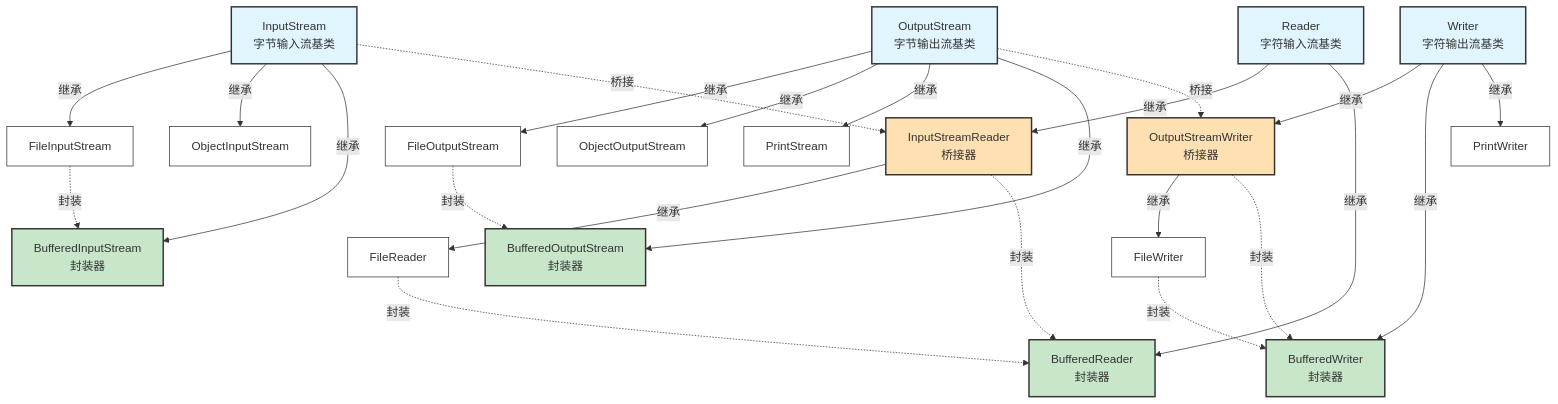
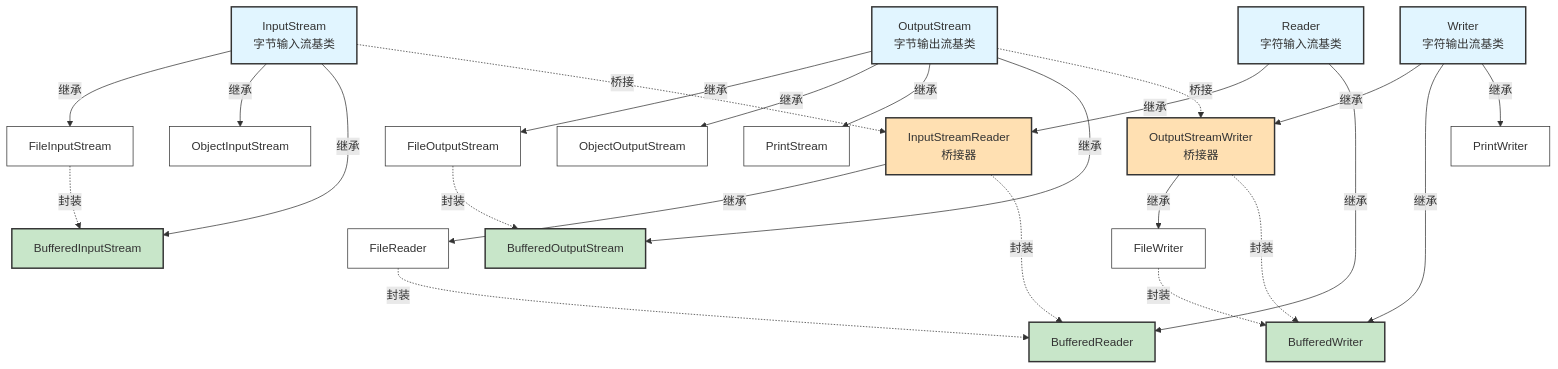
The diagram in Java面试题/Java IO流继承体系.md (horizon-dawn/dev), drawn with Mermaid before and after one commit. The commit also changed other lines of this file, not shown here.

Commit message:
vault backup: 2025-12-06 09:43:49

````diff
--- a/Java面试题/Java IO流继承体系.md
+++ b/Java面试题/Java IO流继承体系.md
@@ -7,66 +7,66 @@
 ```mermaid
 graph TB
     %% 定义样式
     classDef abstract fill:#e1f5ff,stroke:#333,stroke-width:2px
     classDef node fill:#fff,stroke:#333,stroke-width:1px
     classDef decorator fill:#c8e6c9,stroke:#333,stroke-width:2px
     classDef bridge fill:#ffe0b2,stroke:#333,stroke-width:2px
 
     %% 字节流
     InputStream[InputStream<br/>字节输入流基类]:::abstract
     OutputStream[OutputStream<br/>字节输出流基类]:::abstract
     
     FileInputStream[FileInputStream]:::node
     ObjectInputStream[ObjectInputStream]:::node
-    BufferedInputStream[BufferedInputStream<br/>封装器]:::decorator
+    BufferedInputStream[BufferedInputStream]:::decorator
     
     FileOutputStream[FileOutputStream]:::node
     ObjectOutputStream[ObjectOutputStream]:::node
     PrintStream[PrintStream]:::node
-    BufferedOutputStream[BufferedOutputStream<br/>封装器]:::decorator
+    BufferedOutputStream[BufferedOutputStream]:::decorator
     
     %% 字符流
     Reader[Reader<br/>字符输入流基类]:::abstract
     Writer[Writer<br/>字符输出流基类]:::abstract
     
     InputStreamReader[InputStreamReader<br/>桥接器]:::bridge
     FileReader[FileReader]:::node
-    BufferedReader[BufferedReader<br/>封装器]:::decorator
+    BufferedReader[BufferedReader]:::decorator
     
     OutputStreamWriter[OutputStreamWriter<br/>桥接器]:::bridge
     FileWriter[FileWriter]:::node
-    BufferedWriter[BufferedWriter<br/>封装器]:::decorator
+    BufferedWriter[BufferedWriter]:::decorator
     PrintWriter[PrintWriter]:::node
     
     %% 继承关系
     InputStream -->|继承| FileInputStream
     InputStream -->|继承| ObjectInputStream
     InputStream -->|继承| BufferedInputStream
     
     OutputStream -->|继承| FileOutputStream
     OutputStream -->|继承| ObjectOutputStream
     OutputStream -->|继承| PrintStream
     OutputStream -->|继承| BufferedOutputStream
     
     Reader -->|继承| InputStreamReader
     Reader -->|继承| BufferedReader
     InputStreamReader -->|继承| FileReader
     
     Writer -->|继承| OutputStreamWriter
     Writer -->|继承| BufferedWriter
     Writer -->|继承| PrintWriter
     OutputStreamWriter -->|继承| FileWriter
     
     %% 封装关系（虚线）
     FileInputStream -.封装.-> BufferedInputStream
     FileOutputStream -.封装.-> BufferedOutputStream
     
     InputStreamReader -.封装.-> BufferedReader
     FileReader -.封装.-> BufferedReader
     OutputStreamWriter -.封装.-> BufferedWriter
     FileWriter -.封装.-> BufferedWriter
     
     %% 桥接关系
     InputStream -.桥接.-> InputStreamReader
     OutputStream -.桥接.-> OutputStreamWriter
 ```
````
